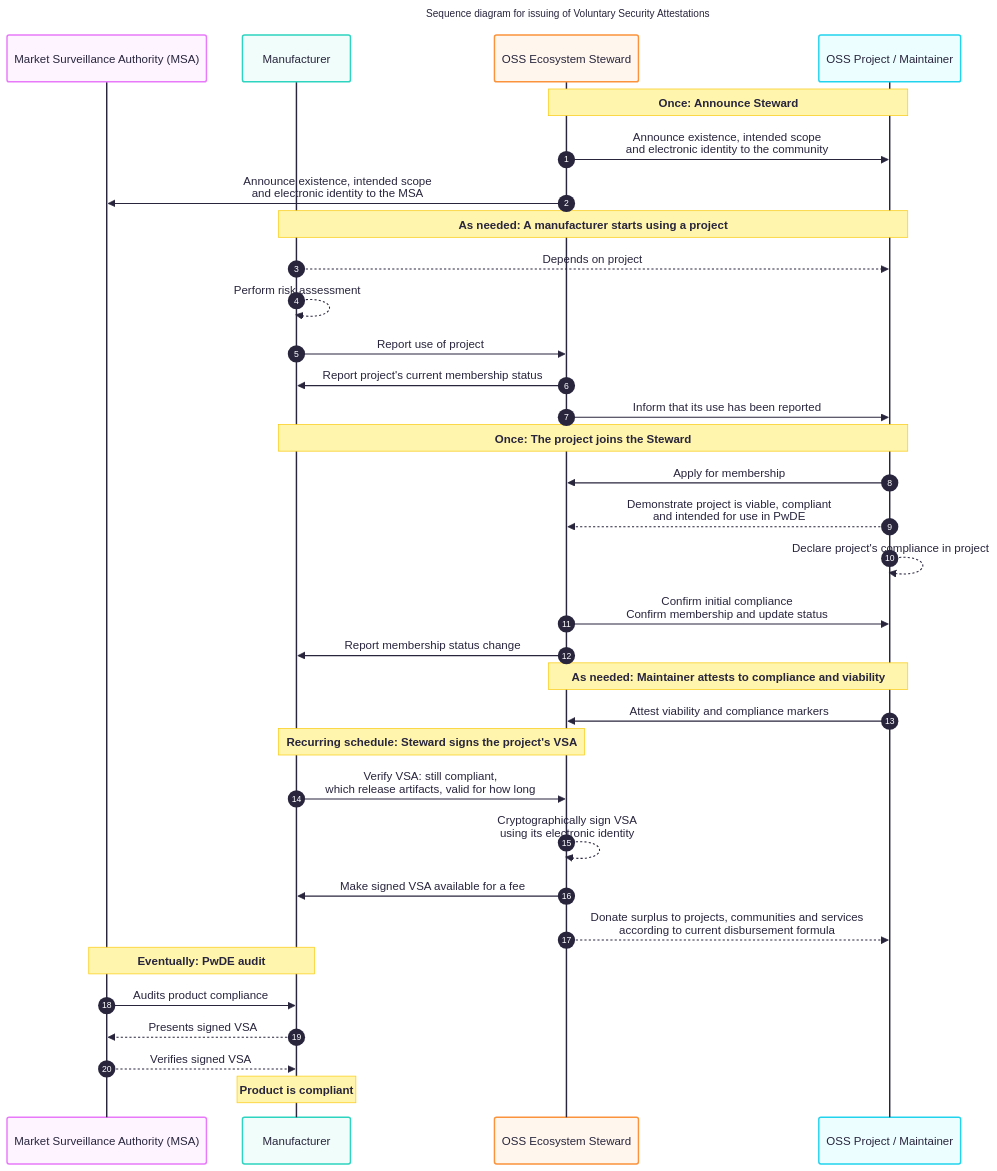
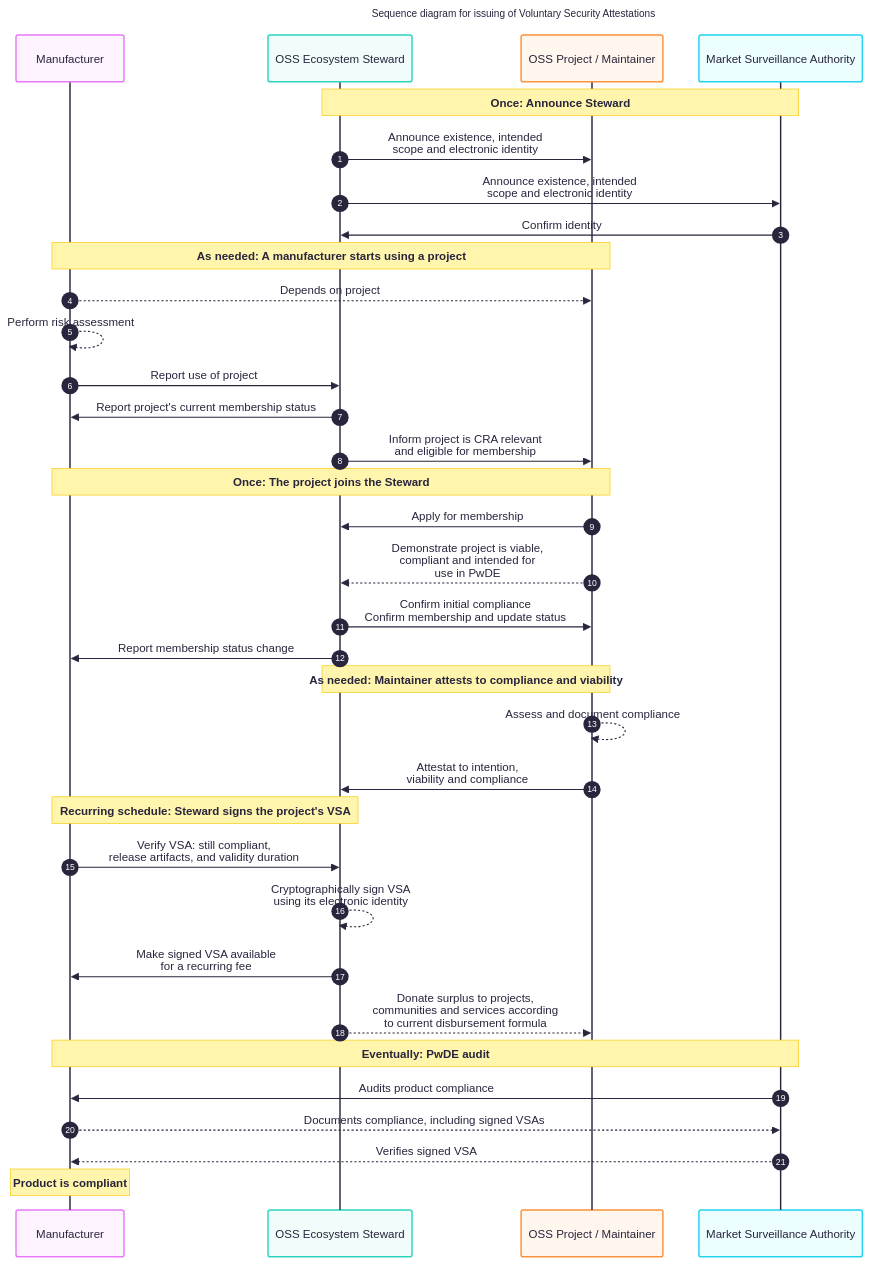
The diagram in docs/ecosystem-steward.md (CPAN-Security/security.metacpan.org), drawn with Mermaid before and after one commit. The commit also changed other lines of this file, not shown here.

Commit message:
Update sequence diagram with more complete flow

````diff
--- a/docs/ecosystem-steward.md
+++ b/docs/ecosystem-steward.md
@@ -317,42 +317,43 @@
 ```mermaid
 ---
 title: Sequence diagram for issuing of Voluntary Security Attestations
 config:
     theme: redux-color
     layout: elk
     look: classic
 ---
 sequenceDiagram
     autonumber
-    participant MSA as Market Surveillance Authority (MSA)
     participant MFG as Manufacturer
     participant ES as OSS Ecosystem Steward
     participant OSS as OSS Project / Maintainer
-    note over ES,OSS: Once: Announce Steward
-    ES->>OSS: Announce existence, intended scope<br>and electronic identity to the community
-    ES->>MSA: Announce existence, intended scope<br>and electronic identity to the MSA
+    participant MSA as Market Surveillance Authority
+    note over ES,MSA: Once: Announce Steward
+    ES->>OSS: Announce existence, intended<br>scope and electronic identity
+    ES->>MSA: Announce existence, intended<br>scope and electronic identity
+    MSA->>ES: Confirm identity
     note over MFG,OSS: As needed: A manufacturer starts using a project
     MFG-->>OSS: Depends on project
     MFG-->>MFG: Perform risk assessment
-    MFG->>ES: Report use of project
-    ES->>MFG: Report project's current membership status
-    ES->>OSS: Inform that its use has been reported
+    MFG->>ES:   Report use of project
+    ES->>MFG:   Report project's current membership status
+    ES->>OSS:   Inform project is CRA relevant<br>and eligible for membership
     note over MFG,OSS: Once: The project joins the Steward
-    OSS->>ES: Apply for membership
-    OSS-->>ES: Demonstrate project is viable, compliant<br>and intended for use in PwDE
-    OSS-->>OSS: Declare project's compliance in project
-    ES->>OSS: Confirm initial compliance<br>Confirm membership and update status
-    ES->>MFG: Report membership status change
+    OSS->>ES:   Apply for membership
+    OSS-->>ES:  Demonstrate project is viable,<br> compliant and intended for<br>use in PwDE
+    ES->>OSS:   Confirm initial compliance<br>Confirm membership and update status
+    ES->>MFG:   Report membership status change
     note over ES,OSS: As needed: Maintainer attests to compliance and viability
-    OSS->>ES: Attest viability and compliance markers
+    OSS-->>OSS:  Assess and document compliance
+    OSS->>ES:    Attestat to intention,<br>viability and compliance
     note over MFG,ES: Recurring schedule: Steward signs the project's VSA
-    MFG->>ES: Verify VSA: still compliant,<br>which release artifacts, valid for how long
-    ES-->>ES: Cryptographically sign VSA<br>using its electronic identity
-    ES->>MFG: Make signed VSA available for a fee
-    ES-->>OSS: Donate surplus to projects, communities and services<br>according to current disbursement formula
+    MFG->>ES:    Verify VSA: still compliant,<br>release artifacts, and validity duration
+    ES-->>ES:    Cryptographically sign VSA<br>using its electronic identity
+    ES->>MFG:    Make signed VSA available<br>for a recurring fee
+    ES-->>OSS:   Donate surplus to projects,<br>communities and services according<br>to current disbursement formula
     note over MSA,MFG: Eventually: PwDE audit
-    MSA->>MFG: Audits product compliance
-    MFG-->>MSA: Presents signed VSA
-    MSA-->>MFG: Verifies signed VSA
+    MSA->>MFG:   Audits product compliance
+    MFG-->>MSA:  Documents compliance, including signed VSAs
+    MSA-->>MFG:  Verifies signed VSA
     note over MFG: Product is compliant
 ```
````
